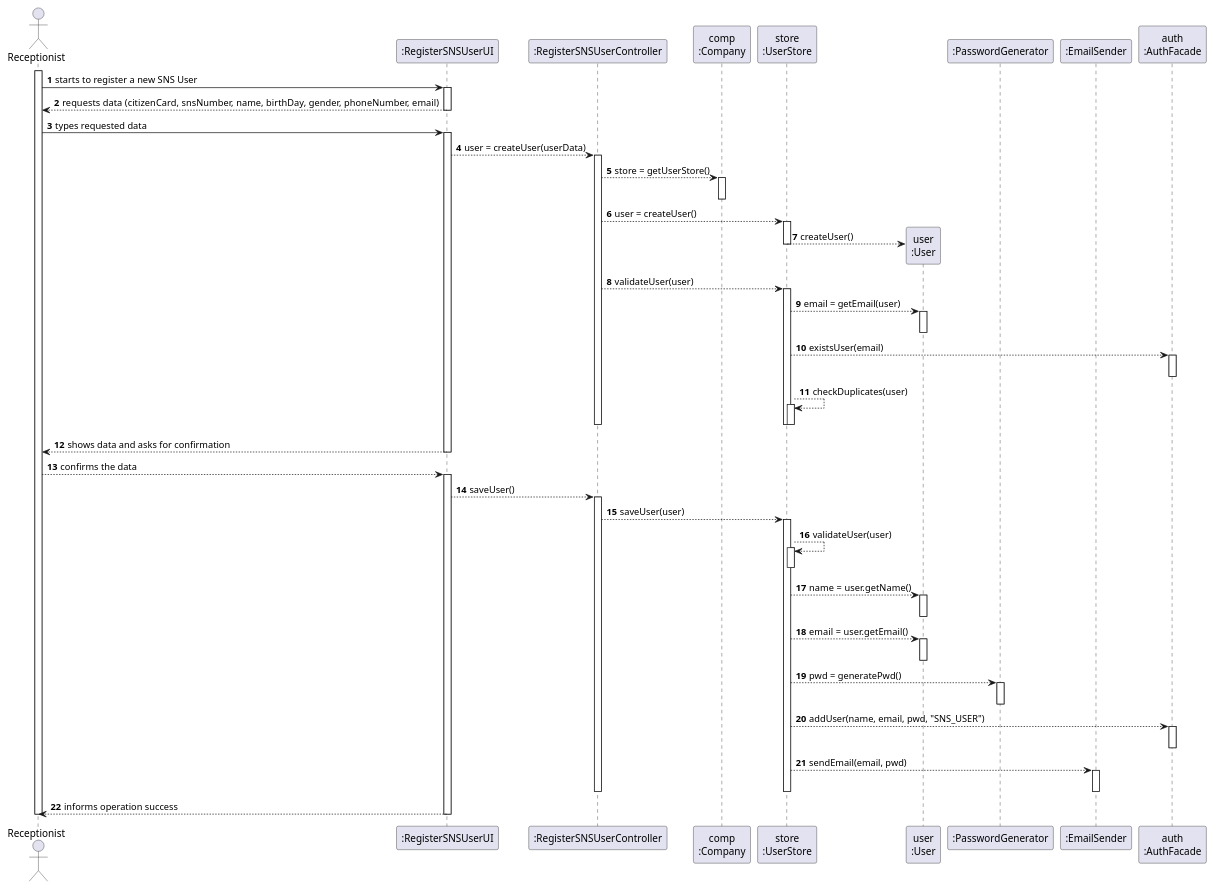
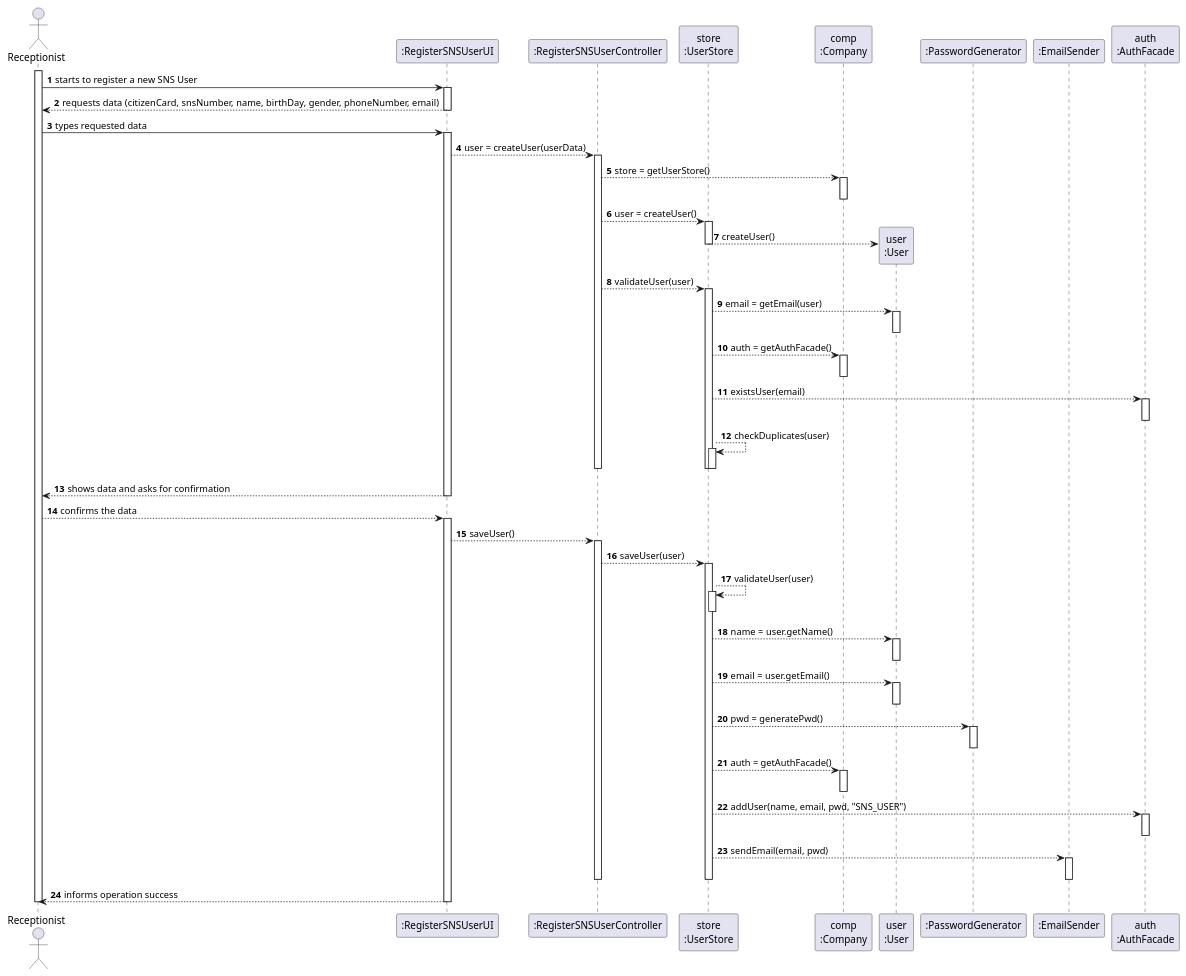
The diagram in docs/SprintB/US03/SD/US03_SD.puml (miseEnPlace-i/lapr2), drawn with PlantUML before and after one commit. The commit also changed 1 other file, not shown here.

```diff
--- a/docs/SprintB/US03/SD/US03_SD.puml
+++ b/docs/SprintB/US03/SD/US03_SD.puml
@@ -1,102 +1,110 @@
 @startuml Sequence Diagram
 autonumber
 'hide footbox
 actor "Receptionist" as RECEPT
 
 participant ":RegisterSNSUserUI" as UI
 participant ":RegisterSNSUserController" as CTRL
+participant "store\n:UserStore" as STORE
 participant "comp\n:Company" as COMP
-participant "store\n:UserStore" as STORE
 participant "user\n:User" as USER
 participant ":PasswordGenerator" as PWDGEN
 participant ":EmailSender" as EMAIL
 participant "auth\n:AuthFacade" as AUTH
 ' participant "lstSnsU\n:List<SNSUser>" as LIST
 
 activate RECEPT
 RECEPT -> UI : starts to register a new SNS User
 activate UI
 UI --> RECEPT : requests data (citizenCard, snsNumber, name, birthDay, gender, phoneNumber, email)
 deactivate UI
 
 RECEPT -> UI : types requested data
 activate UI
 
 UI --> CTRL : user = createUser(userData)
 activate CTRL
 
 CTRL --> COMP : store = getUserStore()
 activate COMP
 deactivate COMP
 
 CTRL --> STORE : user = createUser()
 activate STORE
 
 STORE --> USER** : createUser()
 
 deactivate STORE
 
 CTRL --> STORE : validateUser(user)
 activate STORE
 
 STORE --> USER : email = getEmail(user)
 activate USER
 deactivate USER
+
+STORE --> COMP : auth = getAuthFacade()
+activate COMP
+deactivate COMP
 
 STORE --> AUTH : existsUser(email)
 activate AUTH
 deactivate AUTH
 
 STORE --> STORE : checkDuplicates(user)
 activate STORE
 deactivate STORE
 
 deactivate STORE
 deactivate CTRL
 
 UI --> RECEPT : shows data and asks for confirmation
 deactivate UI
 
 
 RECEPT --> UI : confirms the data
 activate UI
 
 UI --> CTRL : saveUser()
 activate CTRL
 
 CTRL --> STORE : saveUser(user)
 activate STORE
 
 STORE --> STORE : validateUser(user)
 activate STORE
 deactivate STORE
 
 STORE --> USER : name = user.getName()
 activate USER
 deactivate USER
 
 STORE --> USER : email = user.getEmail()
 activate USER
 deactivate USER
 
 STORE --> PWDGEN : pwd = generatePwd()
 activate PWDGEN
 deactivate PWDGEN
 
+STORE --> COMP : auth = getAuthFacade()
+activate COMP
+deactivate COMP
+
 STORE --> AUTH : addUser(name, email, pwd, "SNS_USER")
 activate AUTH
 deactivate AUTH
 
 STORE --> EMAIL : sendEmail(email, pwd)
 activate EMAIL
 deactivate EMAIL
 
 deactivate STORE
 deactivate CTRL
 
 UI --> RECEPT : informs operation success
 deactivate UI
 
 deactivate RECEPT
 
 @enduml
```
